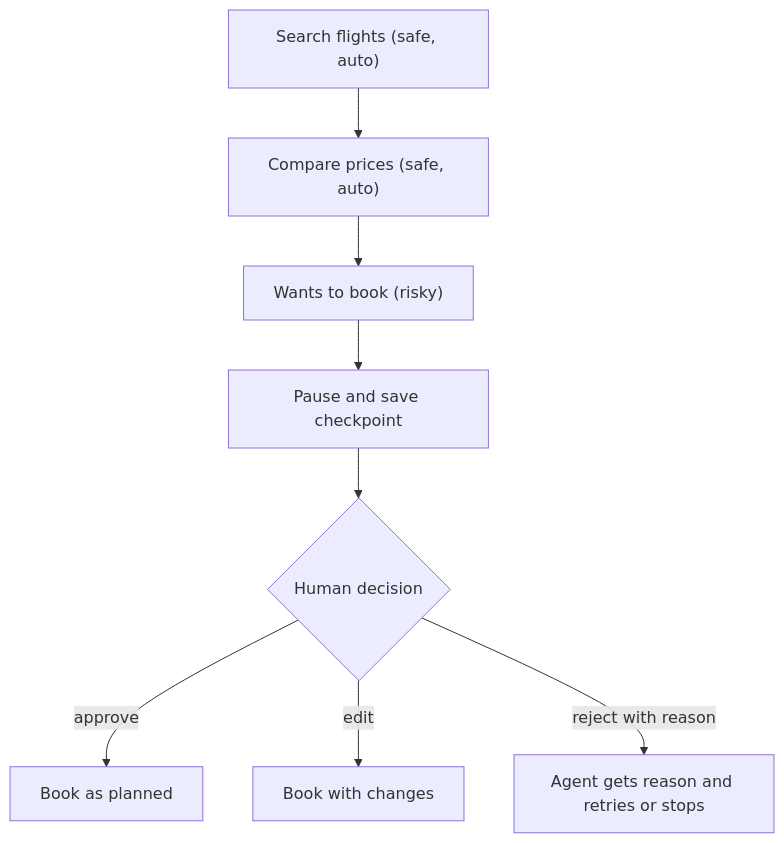
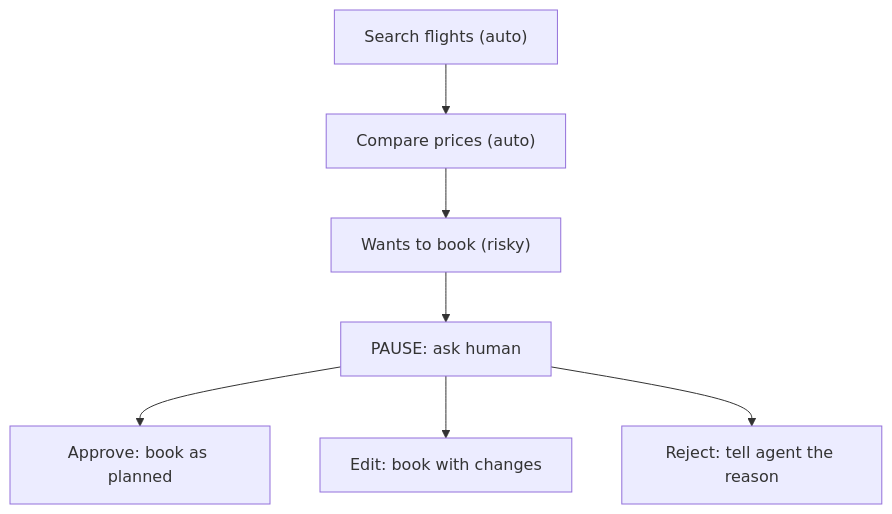
One commit to kaisarnajar/outcome-school-blogs changed the first of 2 diagrams in notes/step-10-ai-agents-and-agentic-systems/137-human-in-the-loop-agents.md. Above: the diagram before and after it, drawn with Mermaid. The commit also changed other lines of this file and 233 other files, not shown here.

````diff
--- a/notes/step-10-ai-agents-and-agentic-systems/137-human-in-the-loop-agents.md
+++ b/notes/step-10-ai-agents-and-agentic-systems/137-human-in-the-loop-agents.md
@@ -47,10 +38,9 @@
 ```mermaid
 flowchart TD
-    A["Search flights (safe, auto)"] --> B["Compare prices (safe, auto)"]
-    B --> C["Wants to book (risky)"]
-    C --> D["Pause and save checkpoint"]
-    D --> E{"Human decision"}
-    E -->|"approve"| F["Book as planned"]
-    E -->|"edit"| G["Book with changes"]
-    E -->|"reject with reason"| H["Agent gets reason and retries or stops"]
+    S["Search flights (auto)"] --> C["Compare prices (auto)"]
+    C --> R["Wants to book (risky)"]
+    R --> P["PAUSE: ask human"]
+    P --> AP["Approve: book as planned"]
+    P --> ED["Edit: book with changes"]
+    P --> RJ["Reject: tell agent the reason"]
 ```
````
